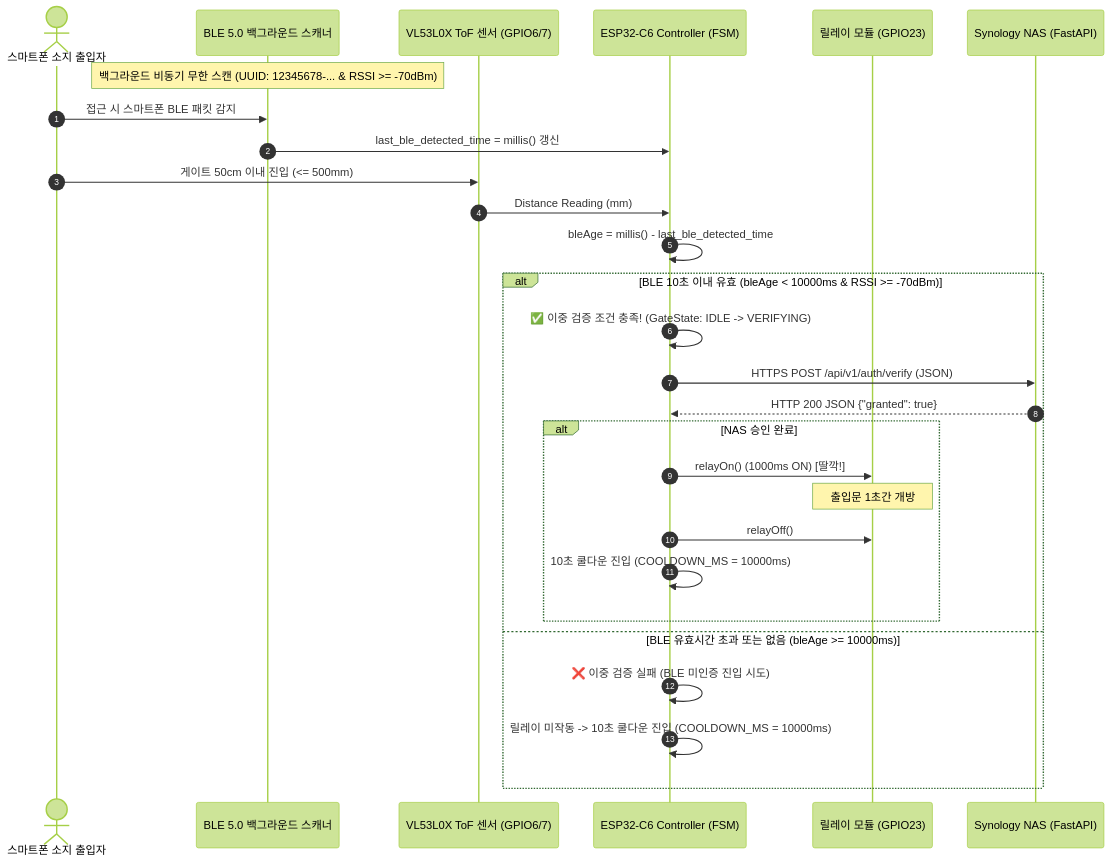
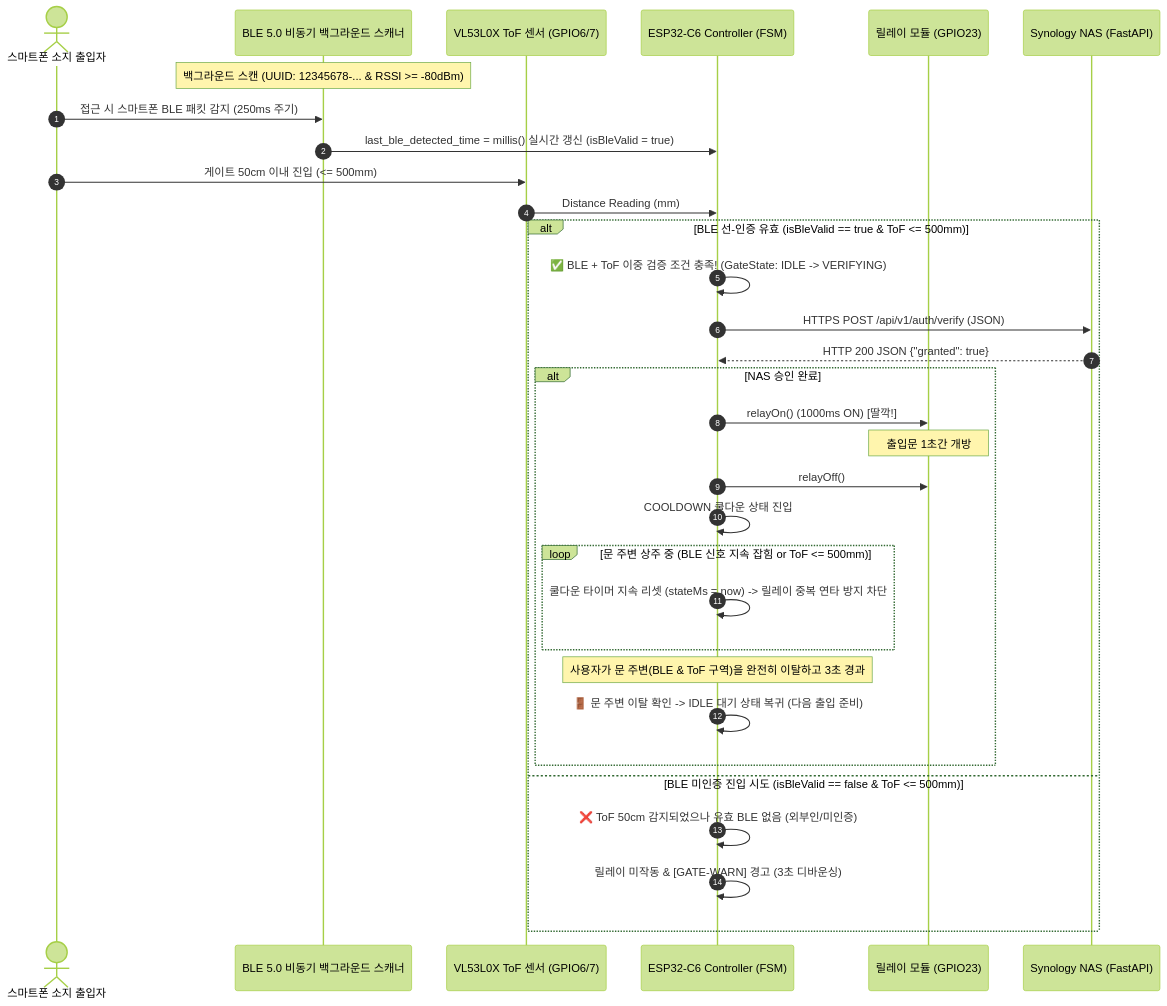
Before and after one commit to ks-house/smart-gatekeeper: the diagram in wiki/architecture.md, drawn with Mermaid (forest theme). The commit also changed other lines of this file and 3 other files, not shown here.

Commit message:
docs: update wiki documentation for Step 4 smart BLE-first FSM and dynamic cooldown reset

````diff
--- a/wiki/architecture.md
+++ b/wiki/architecture.md
@@ -31,34 +31,40 @@
 ```mermaid
 sequenceDiagram
     autonumber
     actor Person as 스마트폰 소지 출입자
-    participant BLE as BLE 5.0 백그라운드 스캐너
+    participant BLE as BLE 5.0 비동기 백그라운드 스캐너
     participant ToF as VL53L0X ToF 센서 (GPIO6/7)
     participant ESP as ESP32-C6 Controller (FSM)
     participant Relay as 릴레이 모듈 (GPIO23)
     participant NAS as Synology NAS (FastAPI)
 
-    Note over BLE: 백그라운드 비동기 무한 스캔 (UUID: 12345678-... & RSSI >= -70dBm)
-    Person->>BLE: 접근 시 스마트폰 BLE 패킷 감지
-    BLE->>ESP: last_ble_detected_time = millis() 갱신
+    Note over BLE: 백그라운드 스캔 (UUID: 12345678-... & RSSI >= -80dBm)
+    Person->>BLE: 접근 시 스마트폰 BLE 패킷 감지 (250ms 주기)
+    BLE->>ESP: last_ble_detected_time = millis() 실시간 갱신 (isBleValid = true)
 
     Person->>ToF: 게이트 50cm 이내 진입 (<= 500mm)
     ToF->>ESP: Distance Reading (mm)
     
-    ESP->>ESP: bleAge = millis() - last_ble_detected_time
-    alt BLE 10초 이내 유효 (bleAge < 10000ms & RSSI >= -70dBm)
-        ESP->>ESP: ✅ 이중 검증 조건 충족! (GateState: IDLE -> VERIFYING)
+    alt BLE 선-인증 유효 (isBleValid == true & ToF <= 500mm)
+        ESP->>ESP: ✅ BLE + ToF 이중 검증 조건 충족! (GateState: IDLE -> VERIFYING)
         ESP->>NAS: HTTPS POST /api/v1/auth/verify (JSON)
         NAS-->>ESP: HTTP 200 JSON {"granted": true}
         
         alt NAS 승인 완료
             ESP->>Relay: relayOn() (1000ms ON) [딸깍!]
             Note over Relay: 출입문 1초간 개방
             ESP->>Relay: relayOff()
-            ESP->>ESP: 10초 쿨다운 진입 (COOLDOWN_MS = 10000ms)
+            ESP->>ESP: COOLDOWN 쿨다운 상태 진입
+            
+            loop 문 주변 상주 중 (BLE 신호 지속 잡힘 or ToF <= 500mm)
+                ESP->>ESP: 쿨다운 타이머 지속 리셋 (stateMs = now) -> 릴레이 중복 연타 방지 차단
+            end
+            
+            Note over ESP: 사용자가 문 주변(BLE & ToF 구역)을 완전히 이탈하고 3초 경과
+            ESP->>ESP: 🚪 문 주변 이탈 확인 -> IDLE 대기 상태 복귀 (다음 출입 준비)
         end
-    else BLE 유효시간 초과 또는 없음 (bleAge >= 10000ms)
-        ESP->>ESP: ❌ 이중 검증 실패 (BLE 미인증 진입 시도)
-        ESP->>ESP: 릴레이 미작동 -> 10초 쿨다운 진입 (COOLDOWN_MS = 10000ms)
+    else BLE 미인증 진입 시도 (isBleValid == false & ToF <= 500mm)
+        ESP->>ESP: ❌ ToF 50cm 감지되었으나 유효 BLE 없음 (외부인/미인증)
+        ESP->>ESP: 릴레이 미작동 & [GATE-WARN] 경고 (3초 디바운싱)
     end
 ```
````
